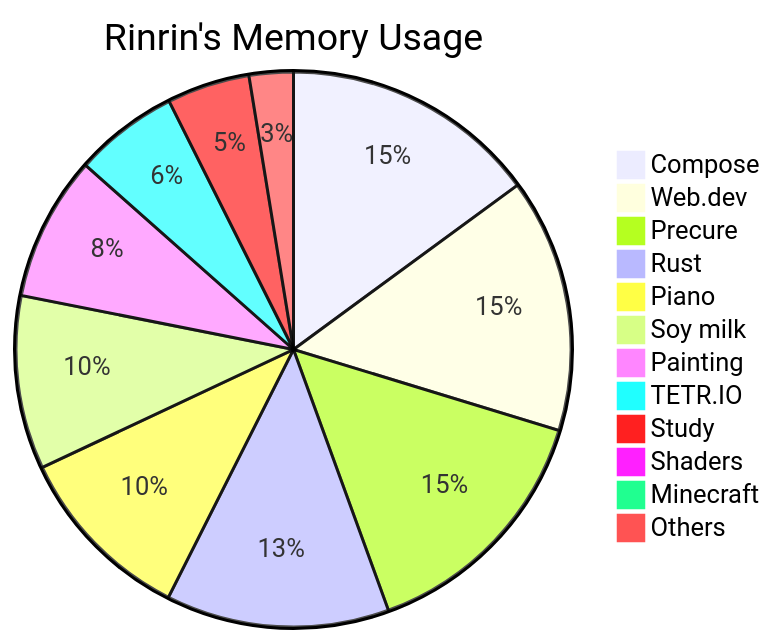
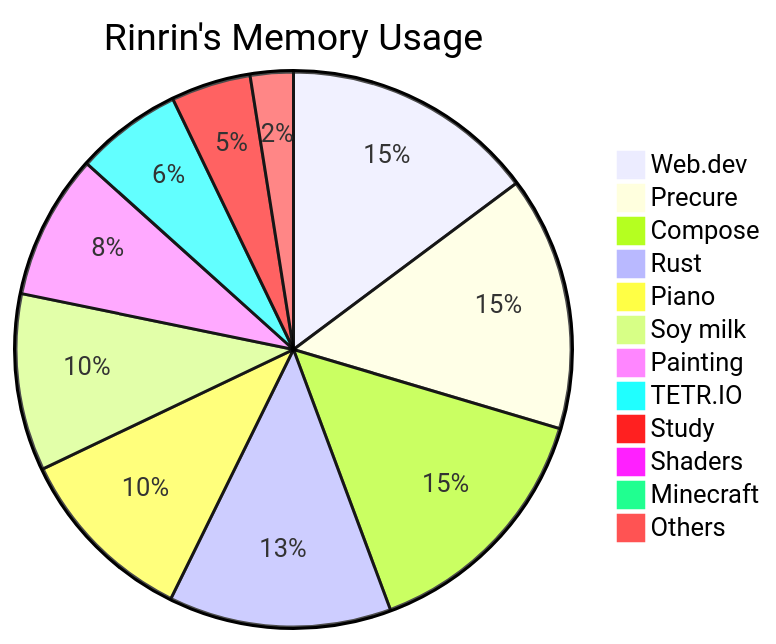
Before and after one commit to Rinrin0413/Rinrin0413: the diagram in README.md, drawn with Mermaid.

Commit message:
🛠 Update: Rinrin's Memory Usage

````diff
--- a/README.md
+++ b/README.md
@@ -77,15 +77,15 @@
 ```mermaid
 pie title Rinrin's Memory Usage
-    "Compose": 610
-    "Web.dev": 604
-    "Precure": 602
-    "Rust": 531
-    "Piano": 432
-    "Soy milk": 413
-    "Painting": 344
-    "TETR.IO": 248
-    "Study": 197
+    "Web.dev": 609
+    "Precure": 609
+    "Compose": 606
+    "Rust": 533
+    "Piano": 438
+    "Soy milk": 424
+    "Painting": 347
+    "TETR.IO": 255
+    "Study": 191
     "Shaders": 30
     "Minecraft": 30
-    "Others": 105
+    "Others": 103
 ```
````
